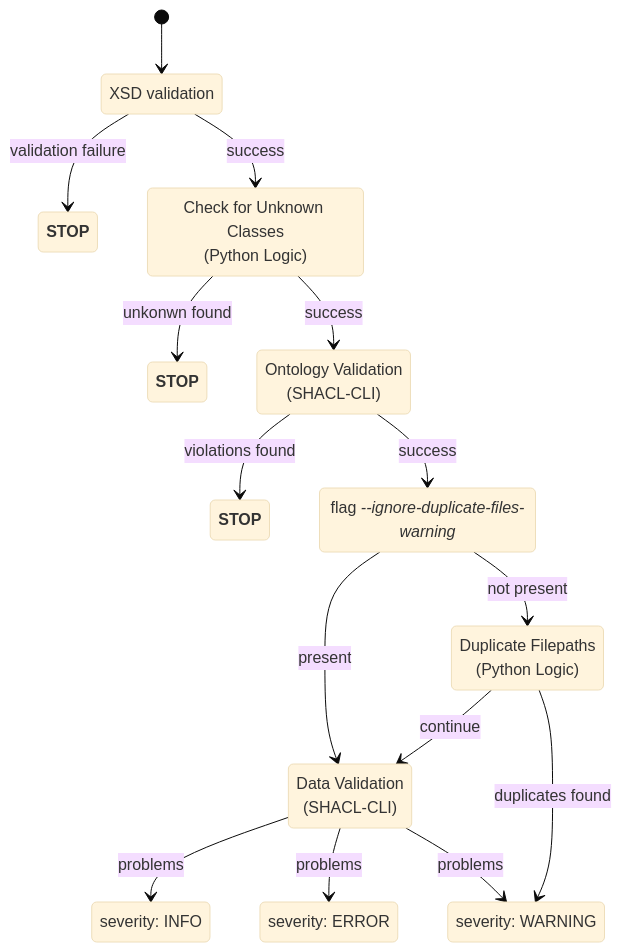
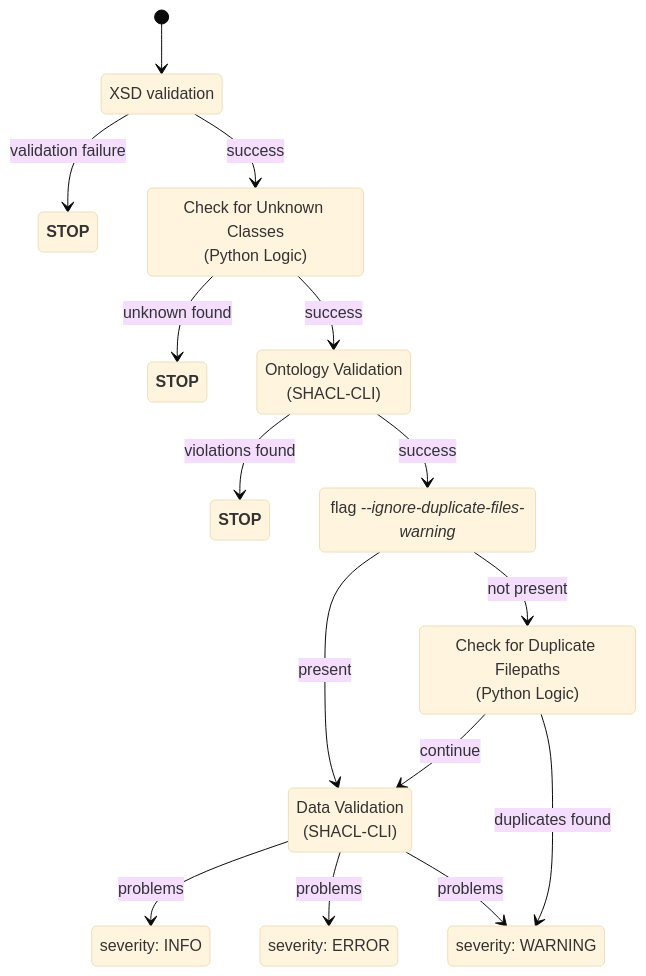
Before and after one commit to dasch-swiss/dsp-tools: the fourth of 4 diagrams in docs/developers/architecture.md, drawn with Mermaid (base theme). The commit also changed other lines of this file, not shown here.

````diff
--- a/docs/developers/architecture.md
+++ b/docs/developers/architecture.md
@@ -138,31 +138,31 @@
 ```mermaid
 stateDiagram-v2
 
 state "XSD validation" as XSD
 state "<b>STOP<b>" as stopXSD
 state "Check for Unknown Classes<br>(Python Logic)" as unknownCls
 state "<b>STOP<b>" as stopUnknown
 state "Ontology Validation<br>(SHACL-CLI)" as ontoVal
 state "<b>STOP<b>" as ontoViolation
 state "flag <em>--ignore-duplicate-files-warning<em>" as ignoreF
-state "Duplicate Filepaths<br>(Python Logic)" as duplicFile
+state "Check for Duplicate Filepaths<br>(Python Logic)" as duplicFile
 state "severity: WARNING" as warning
 state "severity: INFO" as info
 state "severity: ERROR" as err
 state "Data Validation<br>(SHACL-CLI)" as dataSH
 
     [*] --> XSD
     XSD --> stopXSD: validation failure
     XSD --> unknownCls: success
-    unknownCls --> stopUnknown: unkonwn found
+    unknownCls --> stopUnknown: unknown found
     unknownCls --> ontoVal: success
     ontoVal --> ontoViolation: violations found
     ontoVal --> ignoreF: success
     ignoreF --> dataSH: present
     ignoreF --> duplicFile: not present
     duplicFile --> dataSH: continue
     duplicFile --> warning: duplicates found
     dataSH --> info: problems
     dataSH --> err: problems
     dataSH --> warning: problems
 ```
````
